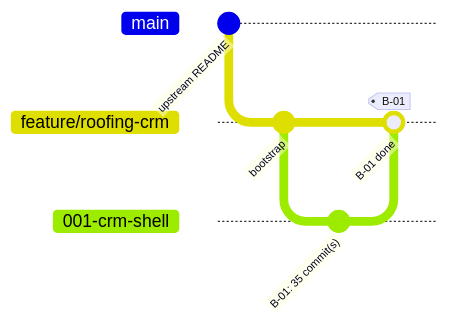
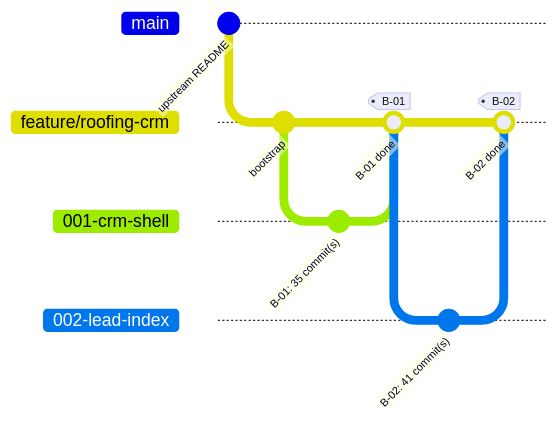
One commit to HebaGaber/roofing-crm changed the second of 2 diagrams in docs/progress.md. Above: the diagram before and after it, drawn with Mermaid. The commit also changed other lines of this file, not shown here.

````diff
--- a/docs/progress.md
+++ b/docs/progress.md
@@ -19,11 +19,15 @@
 ```mermaid
 %%{init: { 'gitGraph': { 'mainBranchName': 'main', 'showCommitLabel': true } } }%%
 gitGraph
   commit id: "upstream README"
   branch "feature/roofing-crm"
   commit id: "bootstrap"
   branch "001-crm-shell"
   commit id: "B-01: 35 commit(s)"
   checkout "feature/roofing-crm"
   merge "001-crm-shell" id: "B-01 done" tag: "B-01"
+  branch "002-lead-index"
+  commit id: "B-02: 41 commit(s)"
+  checkout "feature/roofing-crm"
+  merge "002-lead-index" id: "B-02 done" tag: "B-02"
 ```
````
